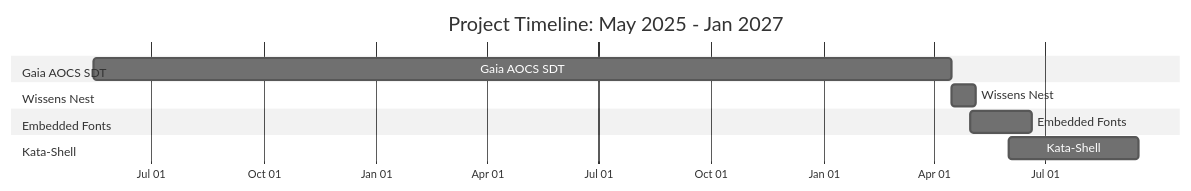
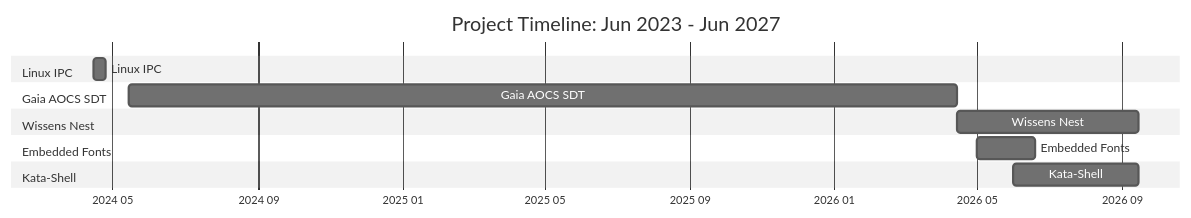
Before and after one commit to K-S-K/CV: the diagram in README.md, drawn with Mermaid (neutral theme).

Commit message:
Revise project timeline in README.md
Updated project timeline and sections in the Gantt chart to reflect new dates and durations.

````diff
--- a/README.md
+++ b/README.md
@@ -82,18 +82,22 @@
 ```mermaid
 gantt
-    title Project Timeline: May 2025 - Jan 2027
+    title Project Timeline: Jun 2023 - Jun 2027
     dateFormat  YYYY-MM-DD
-    axisFormat  %b %d
+    axisFormat  %Y %m
+    tickInterval 4month
+
+    section Linux IPC
+    Linux IPC         :a1, 2024-04-15, 2024-04-25
 
     section Gaia AOCS SDT
-    Gaia AOCS SDT     :a1, 2024-05-15, 700d
+    Gaia AOCS SDT     :a2, 2024-05-15, 2026-04-15
 
     section Wissens Nest
-    Wissens Nest      :a2, 2026-04-15, 20d
+    Wissens Nest      :a3, 2026-04-15, 2026-09-15
 
     section Embedded Fonts
-    Embedded Fonts    :a3, 2026-05-01, 50d
+    Embedded Fonts    :a4, 2026-05-01, 2026-06-20
 
     section Kata-Shell
-    Kata-Shell        :a4, 2026-06-01, 106d
+    Kata-Shell        :a5, 2026-06-01, 2026-09-15
 ```
````
